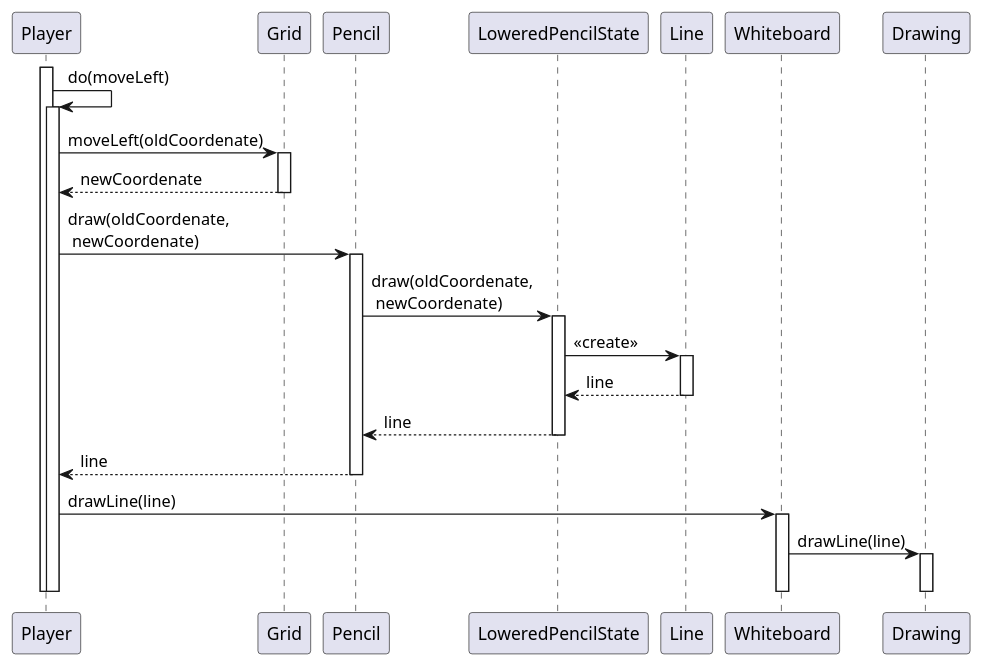
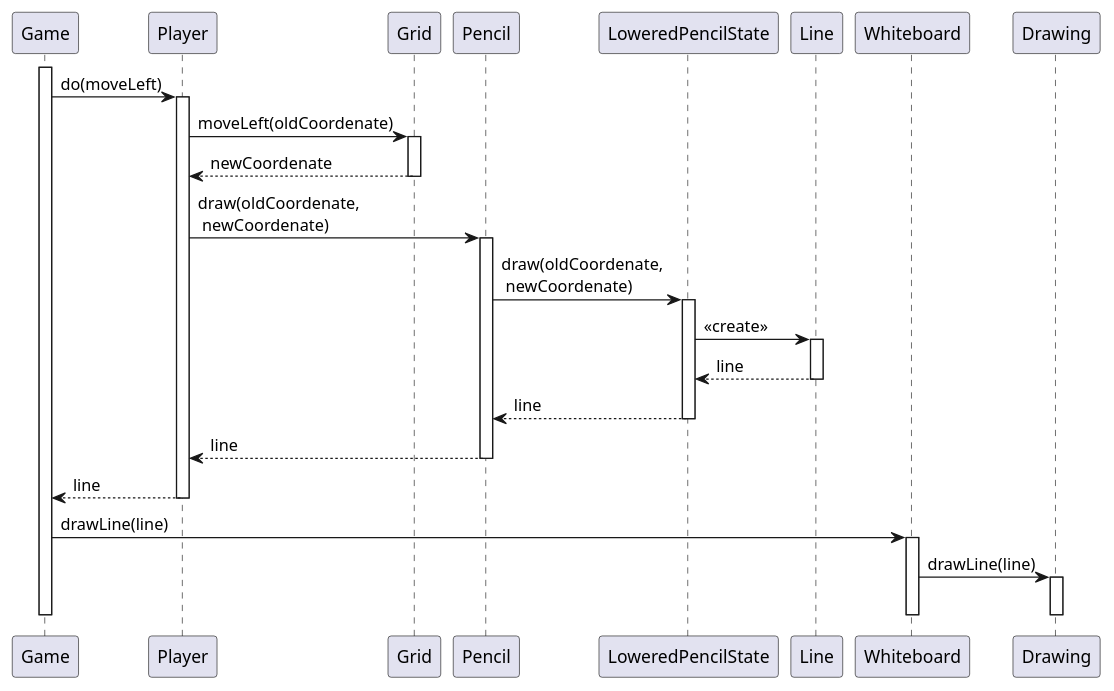
Before and after one commit to mati1297/tp2_algoblocks: the diagram in diagrams/move_left_secuence_do_action.plantuml, drawn with PlantUML. The commit also changed 1 other file, not shown here.

Commit message:
Removed block creation in sequence. Added message from Game to Whiteboard.

```diff
--- a/diagrams/move_left_secuence_do_action.plantuml
+++ b/diagrams/move_left_secuence_do_action.plantuml
@@ -1,35 +1,36 @@
 @startuml move_left_do_action
 
-activate Player
-Player -> Player: do(moveLeft)
+activate Game
+Game -> Player: do(moveLeft)
 activate Player
 
 Player -> Grid: moveLeft(oldCoordenate)
 activate Grid
 return newCoordenate
 
 Player -> Pencil: draw(oldCoordenate,\n newCoordenate)
 activate Pencil
 Pencil -> LoweredPencilState: draw(oldCoordenate, \n newCoordenate)
 activate LoweredPencilState
 LoweredPencilState -> Line: <<create>>
 activate Line
 return line
 return line
 return line
+return line
 
-Player -> Whiteboard: drawLine(line)
+Game -> Whiteboard: drawLine(line)
 activate Whiteboard
 Whiteboard -> Drawing: drawLine(line)
 activate Drawing
 deactivate Drawing
 deactivate Whiteboard
 deactivate Player
-deactivate Player
+deactivate Game
 
 
 
 
 
 
 @enduml
```
